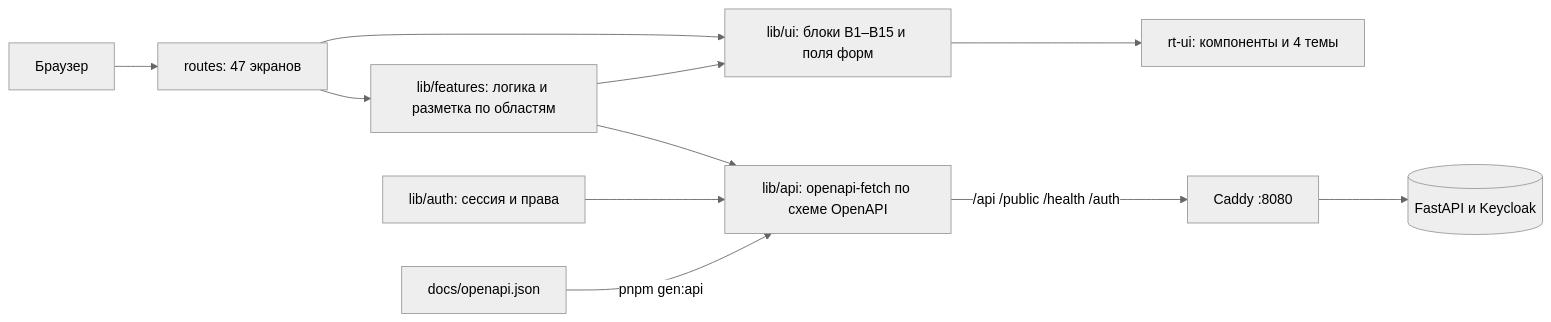
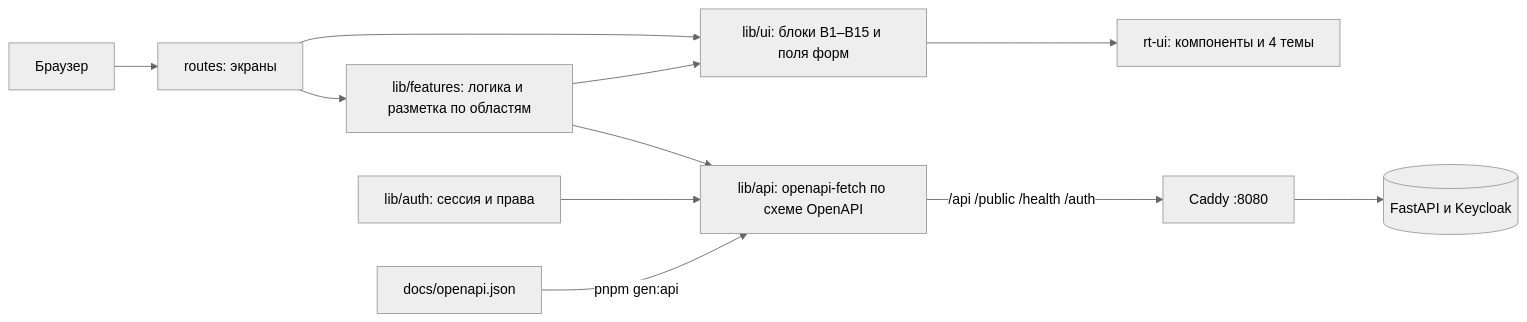
Before and after one commit to lct-testkit/frontend: the first of 3 diagrams in README.md, drawn with Mermaid (neutral theme). The commit also changed other lines of this file and 3 other files, not shown here.

````diff
--- a/README.md
+++ b/README.md
@@ -135,13 +135,13 @@
 ```mermaid
 flowchart LR
-  BR["Браузер"] --> RT["routes: 47 экранов"]
+  BR["Браузер"] --> RT["routes: экраны"]
   RT --> FE["lib/features: логика и разметка по областям"]
   RT --> UI["lib/ui: блоки B1–B15 и поля форм"]
   FE --> UI
   UI --> DS["rt-ui: компоненты и 4 темы"]
   FE --> API["lib/api: openapi-fetch по схеме OpenAPI"]
   AU["lib/auth: сессия и права"] --> API
   SC["docs/openapi.json"] -->|"pnpm gen:api"| API
   API -->|"/api /public /health /auth"| CD["Caddy :8080"]
   CD --> BE[("FastAPI и Keycloak")]
 ```
````
